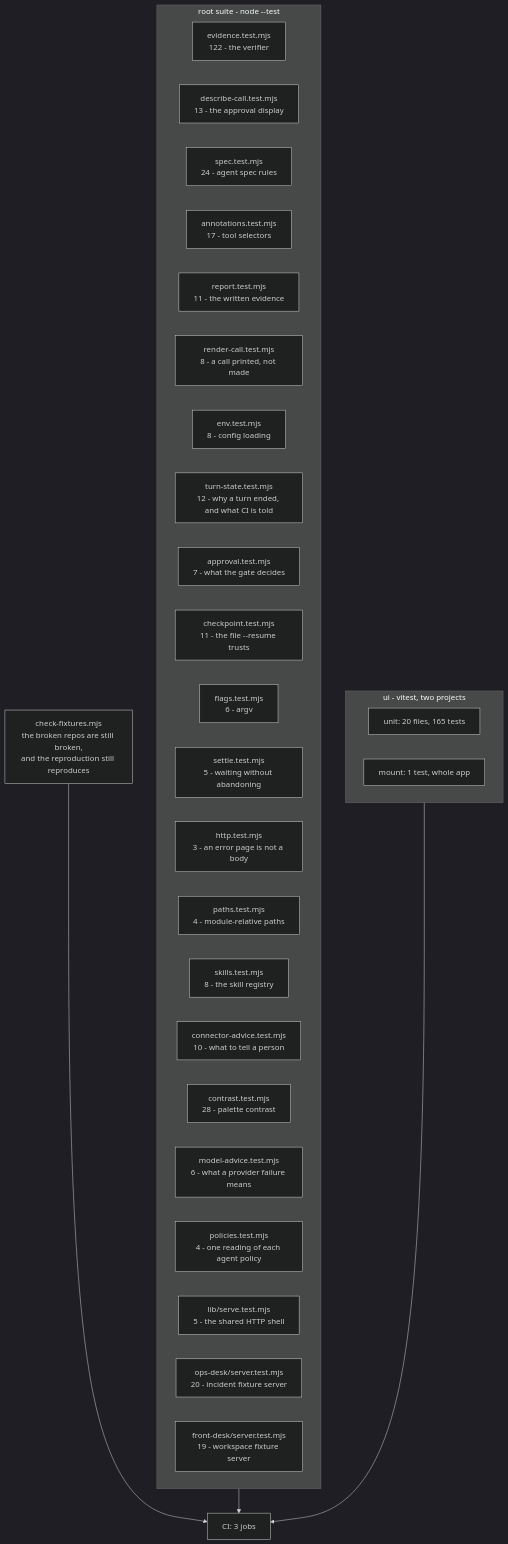
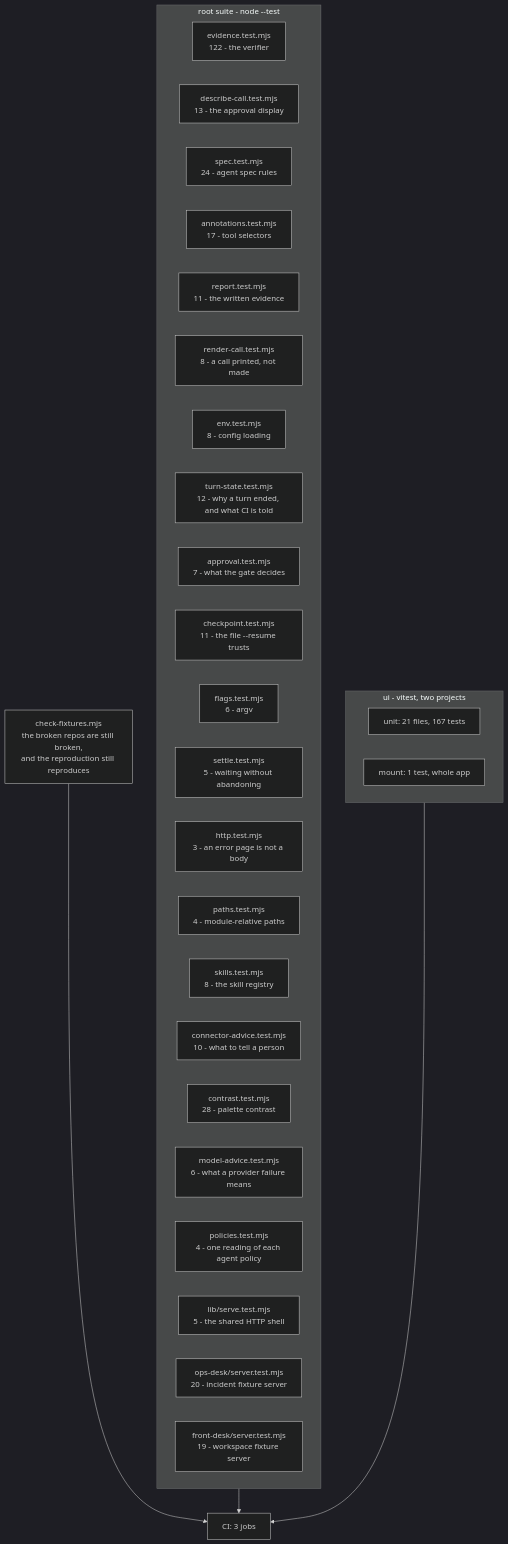
One commit to manumishra12/quartermaster changed the diagram in TESTING.md. Above: the diagram before and after it, drawn with Mermaid (dark theme). The commit also changed other lines of this file and 3 other files, not shown here.

````diff
--- a/TESTING.md
+++ b/TESTING.md
@@ -30,38 +30,38 @@
 ```mermaid
 flowchart TD
   subgraph root["root suite - node --test"]
     EV["evidence.test.mjs<br/>122 - the verifier"]
     DC["describe-call.test.mjs<br/>13 - the approval display"]
     SP["spec.test.mjs<br/>24 - agent spec rules"]
     AN["annotations.test.mjs<br/>17 - tool selectors"]
     RP["report.test.mjs<br/>11 - the written evidence"]
     RC["render-call.test.mjs<br/>8 - a call printed, not made"]
     EN["env.test.mjs<br/>8 - config loading"]
     TS["turn-state.test.mjs<br/>12 - why a turn ended, and what CI is told"]
     AP["approval.test.mjs<br/>7 - what the gate decides"]
     CK["checkpoint.test.mjs<br/>11 - the file --resume trusts"]
     FL["flags.test.mjs<br/>6 - argv"]
     ST["settle.test.mjs<br/>5 - waiting without abandoning"]
     HT["http.test.mjs<br/>3 - an error page is not a body"]
     PA["paths.test.mjs<br/>4 - module-relative paths"]
     SK["skills.test.mjs<br/>8 - the skill registry"]
     CA["connector-advice.test.mjs<br/>10 - what to tell a person"]
     CO["contrast.test.mjs<br/>28 - palette contrast"]
     MA["model-advice.test.mjs<br/>6 - what a provider failure means"]
     PO["policies.test.mjs<br/>4 - one reading of each agent policy"]
     SV["lib/serve.test.mjs<br/>5 - the shared HTTP shell"]
     OD["ops-desk/server.test.mjs<br/>20 - incident fixture server"]
     FD["front-desk/server.test.mjs<br/>19 - workspace fixture server"]
   end
 
   subgraph ui["ui - vitest, two projects"]
-    U1["unit: 20 files, 165 tests"]
+    U1["unit: 21 files, 167 tests"]
     U2["mount: 1 test, whole app"]
   end
 
   FX["check-fixtures.mjs<br/>the broken repos are still broken,<br/>and the reproduction still reproduces"]
 
   root --> CI["CI: 3 jobs"]
   ui --> CI
   FX --> CI
 ```
````
